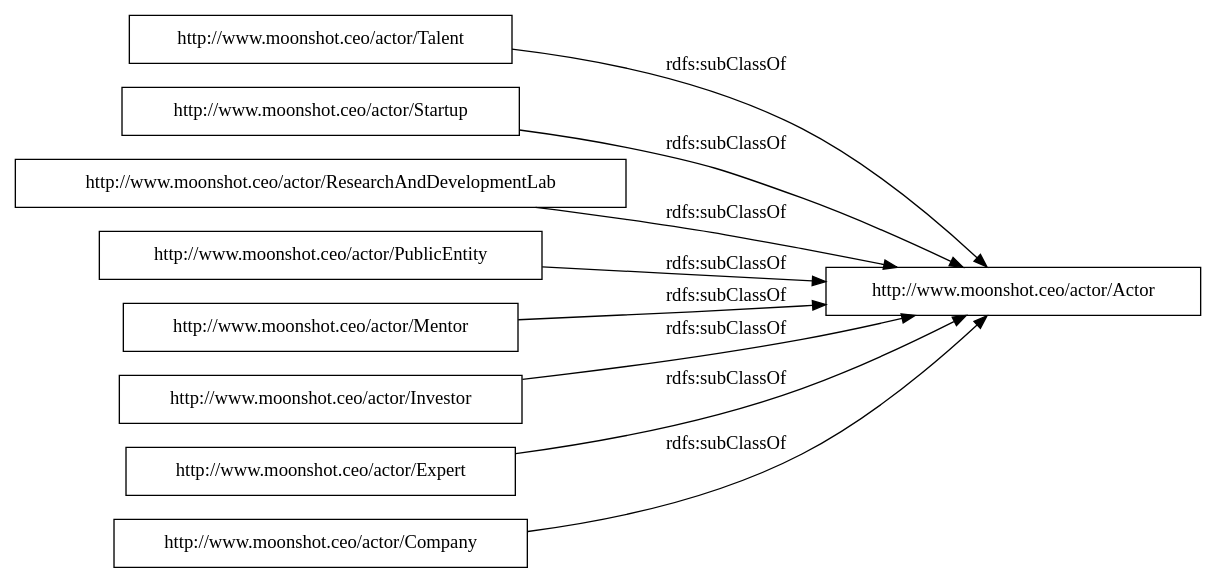
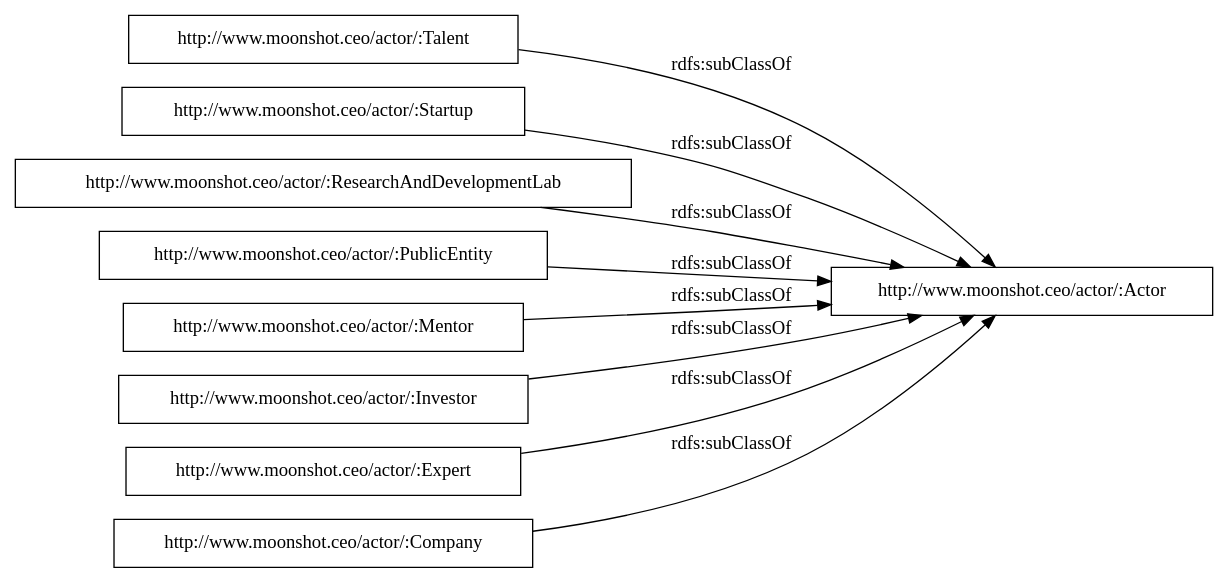
One commit to oeg-upm/IEBrain changed the diagram in OnToology/iebrain-actor.owl/diagrams/ar2dtool-taxonomy/iebrain-actor.owl.png.dot. Above: the diagram before and after it, drawn with Graphviz. The commit also changed 10 other files, not shown here.

```diff
--- a/OnToology/iebrain-actor.owl/diagrams/ar2dtool-taxonomy/iebrain-actor.owl.png.dot
+++ b/OnToology/iebrain-actor.owl/diagrams/ar2dtool-taxonomy/iebrain-actor.owl.png.dot
@@ -1,14 +1,14 @@
 digraph ar2dtool_diagram { 
 rankdir=LR;
 size="1000"
-node [shape = rectangle, color="black"]; "http://www.moonshot.ceo/actor/Talent" "http://www.moonshot.ceo/actor/Startup" "http://www.moonshot.ceo/actor/ResearchAndDevelopmentLab" "http://www.moonshot.ceo/actor/PublicEntity" "http://www.moonshot.ceo/actor/Mentor" "http://www.moonshot.ceo/actor/Investor" "http://www.moonshot.ceo/actor/Expert" "http://www.moonshot.ceo/actor/Company" "http://www.moonshot.ceo/actor/Actor" ; /*classes style*/
-	"http://www.moonshot.ceo/actor/PublicEntity" -> "http://www.moonshot.ceo/actor/Actor" [ label = "rdfs:subClassOf" ];
-	"http://www.moonshot.ceo/actor/ResearchAndDevelopmentLab" -> "http://www.moonshot.ceo/actor/Actor" [ label = "rdfs:subClassOf" ];
-	"http://www.moonshot.ceo/actor/Mentor" -> "http://www.moonshot.ceo/actor/Actor" [ label = "rdfs:subClassOf" ];
-	"http://www.moonshot.ceo/actor/Talent" -> "http://www.moonshot.ceo/actor/Actor" [ label = "rdfs:subClassOf" ];
-	"http://www.moonshot.ceo/actor/Expert" -> "http://www.moonshot.ceo/actor/Actor" [ label = "rdfs:subClassOf" ];
-	"http://www.moonshot.ceo/actor/Company" -> "http://www.moonshot.ceo/actor/Actor" [ label = "rdfs:subClassOf" ];
-	"http://www.moonshot.ceo/actor/Startup" -> "http://www.moonshot.ceo/actor/Actor" [ label = "rdfs:subClassOf" ];
-	"http://www.moonshot.ceo/actor/Investor" -> "http://www.moonshot.ceo/actor/Actor" [ label = "rdfs:subClassOf" ];
+node [shape = rectangle, color="black"]; "http://www.moonshot.ceo/actor/:Talent" "http://www.moonshot.ceo/actor/:Startup" "http://www.moonshot.ceo/actor/:ResearchAndDevelopmentLab" "http://www.moonshot.ceo/actor/:PublicEntity" "http://www.moonshot.ceo/actor/:Mentor" "http://www.moonshot.ceo/actor/:Investor" "http://www.moonshot.ceo/actor/:Expert" "http://www.moonshot.ceo/actor/:Company" "http://www.moonshot.ceo/actor/:Actor" ; /*classes style*/
+	"http://www.moonshot.ceo/actor/:PublicEntity" -> "http://www.moonshot.ceo/actor/:Actor" [ label = "rdfs:subClassOf" ];
+	"http://www.moonshot.ceo/actor/:ResearchAndDevelopmentLab" -> "http://www.moonshot.ceo/actor/:Actor" [ label = "rdfs:subClassOf" ];
+	"http://www.moonshot.ceo/actor/:Mentor" -> "http://www.moonshot.ceo/actor/:Actor" [ label = "rdfs:subClassOf" ];
+	"http://www.moonshot.ceo/actor/:Talent" -> "http://www.moonshot.ceo/actor/:Actor" [ label = "rdfs:subClassOf" ];
+	"http://www.moonshot.ceo/actor/:Expert" -> "http://www.moonshot.ceo/actor/:Actor" [ label = "rdfs:subClassOf" ];
+	"http://www.moonshot.ceo/actor/:Company" -> "http://www.moonshot.ceo/actor/:Actor" [ label = "rdfs:subClassOf" ];
+	"http://www.moonshot.ceo/actor/:Startup" -> "http://www.moonshot.ceo/actor/:Actor" [ label = "rdfs:subClassOf" ];
+	"http://www.moonshot.ceo/actor/:Investor" -> "http://www.moonshot.ceo/actor/:Actor" [ label = "rdfs:subClassOf" ];
 
 }
```
